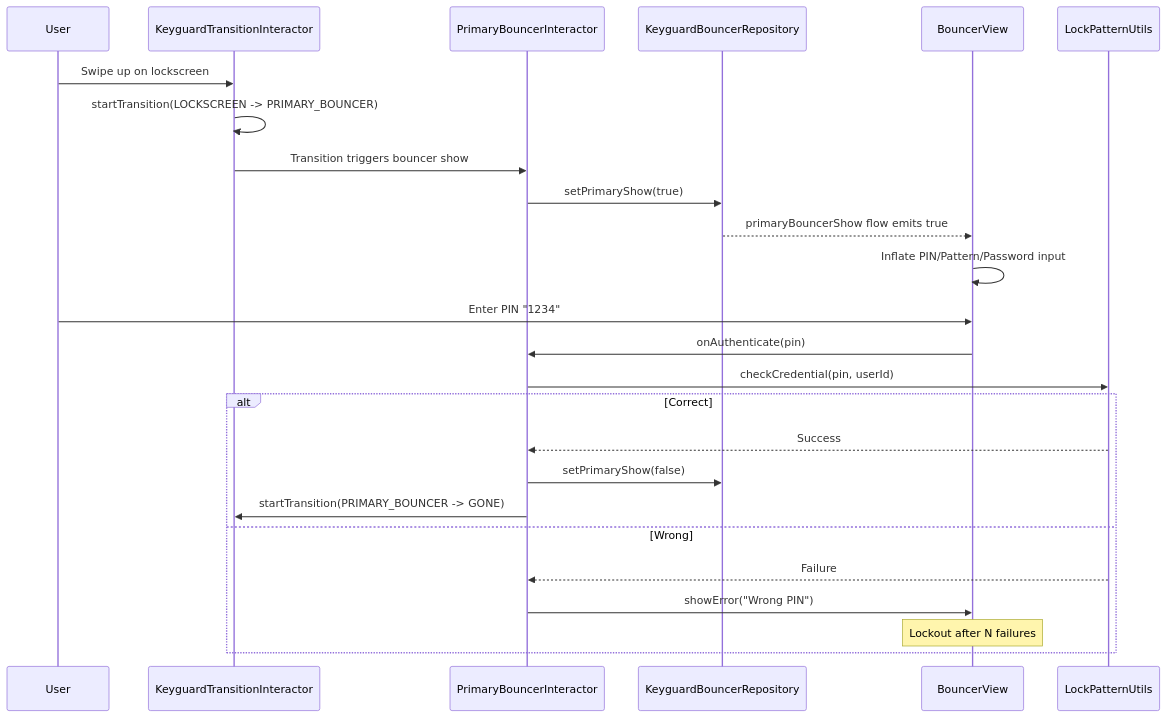
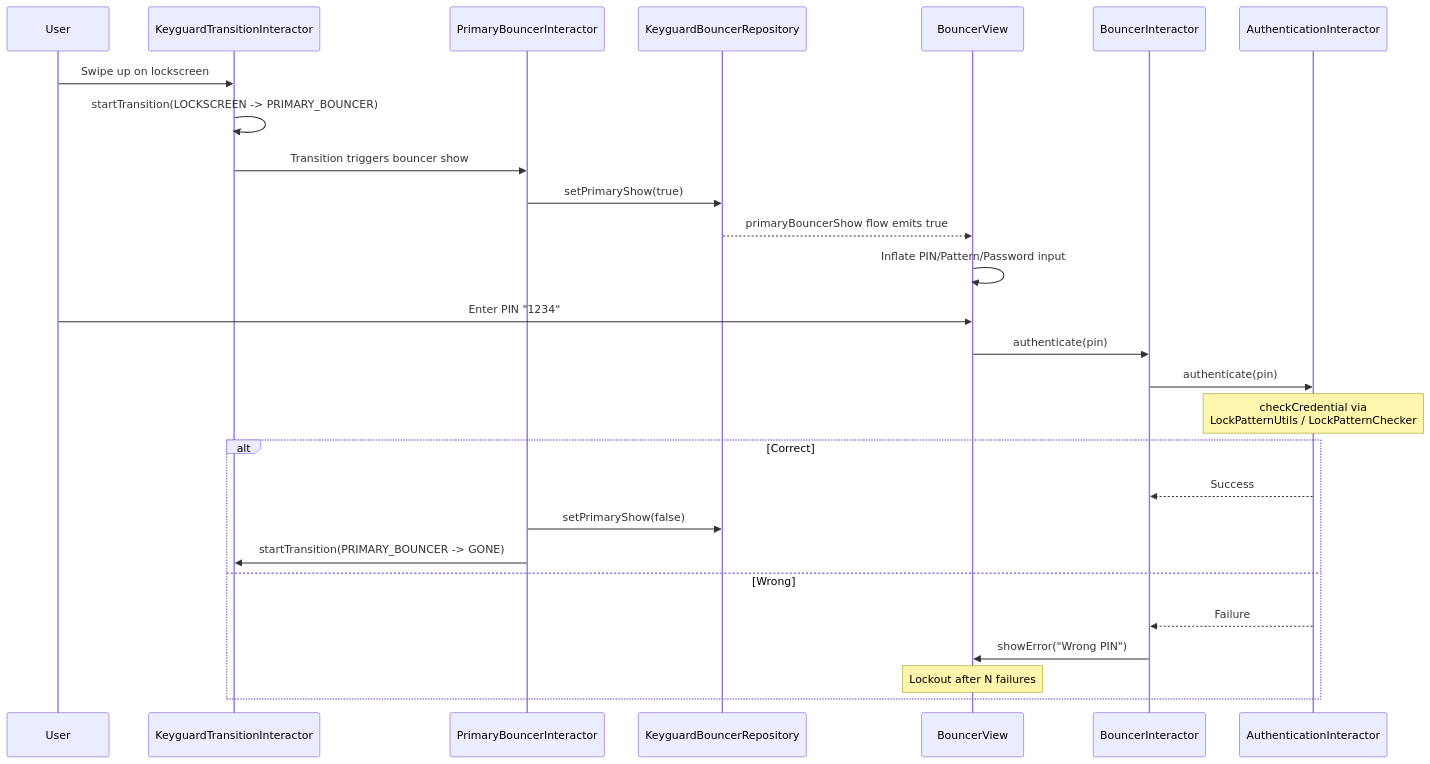
Before and after one commit to aospbooks/aosp-internal-book: diagram 27 of 31 in agents/claude/skills/aosp-system-apps/48-systemui.md, drawn with Mermaid. The commit also changed other lines of this file and 218 other files, not shown here.

````diff
--- a/agents/claude/skills/aosp-system-apps/48-systemui.md
+++ b/agents/claude/skills/aosp-system-apps/48-systemui.md
@@ -3426,30 +3457,32 @@
 ```mermaid
 sequenceDiagram
     participant User
     participant KTI as KeyguardTransitionInteractor
     participant PBI as PrimaryBouncerInteractor
     participant KBR as KeyguardBouncerRepository
     participant BV as BouncerView
-    participant LPU as LockPatternUtils
+    participant BI as BouncerInteractor
+    participant AI as AuthenticationInteractor
 
     User->>KTI: Swipe up on lockscreen
     KTI->>KTI: startTransition(LOCKSCREEN -> PRIMARY_BOUNCER)
     KTI->>PBI: Transition triggers bouncer show
     PBI->>KBR: setPrimaryShow(true)
     KBR-->>BV: primaryBouncerShow flow emits true
     BV->>BV: Inflate PIN/Pattern/Password input
 
     User->>BV: Enter PIN "1234"
-    BV->>PBI: onAuthenticate(pin)
-    PBI->>LPU: checkCredential(pin, userId)
+    BV->>BI: authenticate(pin)
+    BI->>AI: authenticate(pin)
+    Note over AI: checkCredential via<br/>LockPatternUtils / LockPatternChecker
 
     alt Correct
-        LPU-->>PBI: Success
+        AI-->>BI: Success
         PBI->>KBR: setPrimaryShow(false)
         PBI->>KTI: startTransition(PRIMARY_BOUNCER -> GONE)
     else Wrong
-        LPU-->>PBI: Failure
-        PBI->>BV: showError("Wrong PIN")
+        AI-->>BI: Failure
+        BI->>BV: showError("Wrong PIN")
         Note over BV: Lockout after N failures
     end
 ```
````
